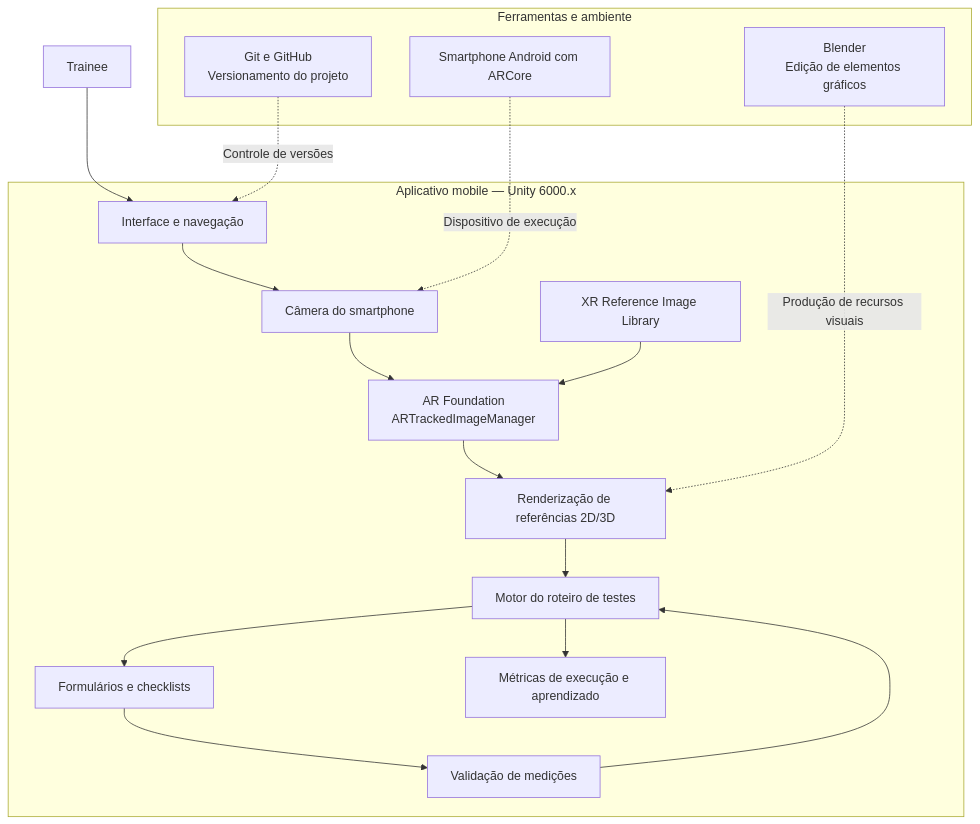
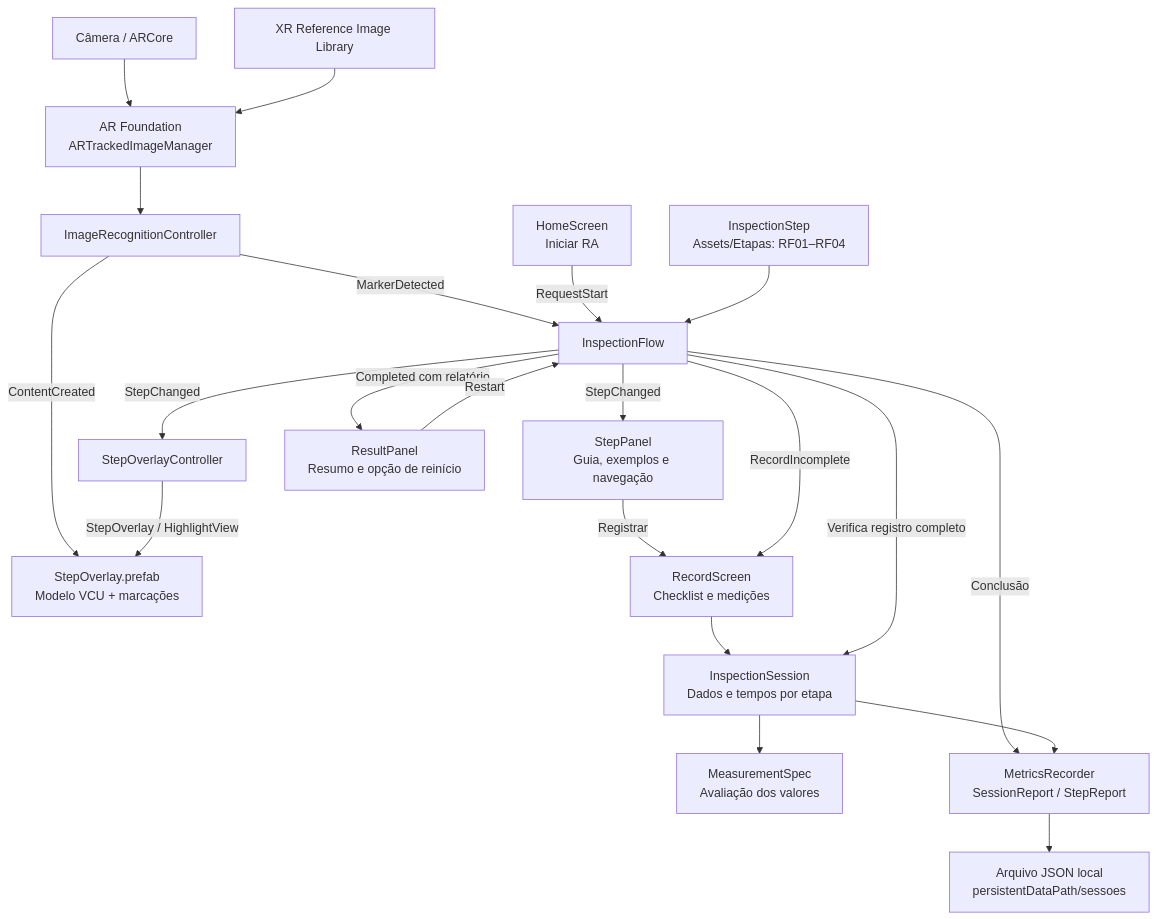
The first of 3 diagrams in README.md (lfmutton/AR_UPX_Project), drawn with Mermaid before and after one commit. The commit also changed other lines of this file, not shown here.

````diff
--- a/README.md
+++ b/README.md
@@ -149,35 +149,23 @@
 ```mermaid
 flowchart TB
-    USER["Trainee"]
-    subgraph MOBILE["Aplicativo mobile — Unity 6000.x"]
-        UI["Interface e navegação"]
-        CAMERA["Câmera do smartphone"]
-        TRACK["AR Foundation<br/>ARTrackedImageManager"]
-        LIB["XR Reference Image Library"]
-        RENDER["Renderização de referências 2D/3D"]
-        GUIDE["Motor do roteiro de testes"]
-        INPUT["Formulários e checklists"]
-        VALIDATOR["Validação de medições"]
-        METRICS["Métricas de execução e aprendizado"]
-    end
-
-    subgraph TOOLS["Ferramentas e ambiente"]
-        ANDROID["Smartphone Android com ARCore"]
-        BLENDER["Blender<br/>Edição de elementos gráficos"]
-        GIT["Git e GitHub<br/>Versionamento do projeto"]
-    end
-
-    USER --> UI
-    UI --> CAMERA
-    CAMERA --> TRACK
-    LIB --> TRACK
-    TRACK --> RENDER
-    RENDER --> GUIDE
-    GUIDE --> INPUT
-    INPUT --> VALIDATOR
-    VALIDATOR --> GUIDE
-    GUIDE --> METRICS
-    ANDROID -. "Dispositivo de execução" .-> CAMERA
-    BLENDER -. "Produção de recursos visuais" .-> RENDER
-    GIT -. "Controle de versões" .-> UI
+    CAMERA["Câmera / ARCore"] --> TRACK["AR Foundation<br/>ARTrackedImageManager"]
+    LIB["XR Reference Image Library"] --> TRACK
+    TRACK --> REC["ImageRecognitionController"]
+    REC -->|ContentCreated| MODEL["StepOverlay.prefab<br/>Modelo VCU + marcações"]
+    REC -->|MarkerDetected| FLOW["InspectionFlow"]
+    HOME["HomeScreen<br/>Iniciar RA"] -->|RequestStart| FLOW
+    STEPS["InspectionStep<br/>Assets/Etapas: RF01–RF04"] --> FLOW
+    FLOW -->|StepChanged| PANEL["StepPanel<br/>Guia, exemplos e navegação"]
+    FLOW -->|StepChanged| OVERLAY["StepOverlayController"]
+    OVERLAY -->|StepOverlay / HighlightView| MODEL
+    PANEL -->|Registrar| RECORD["RecordScreen<br/>Checklist e medições"]
+    FLOW -->|RecordIncomplete| RECORD
+    RECORD --> SESSION["InspectionSession<br/>Dados e tempos por etapa"]
+    SESSION --> SPEC["MeasurementSpec<br/>Avaliação dos valores"]
+    FLOW -->|Verifica registro completo| SESSION
+    FLOW -->|Conclusão| METRICS["MetricsRecorder<br/>SessionReport / StepReport"]
+    SESSION --> METRICS
+    METRICS --> JSON["Arquivo JSON local<br/>persistentDataPath/sessoes"]
+    FLOW -->|Completed com relatório| RESULT["ResultPanel<br/>Resumo e opção de reinício"]
+    RESULT -->|Restart| FLOW
 ```
````
